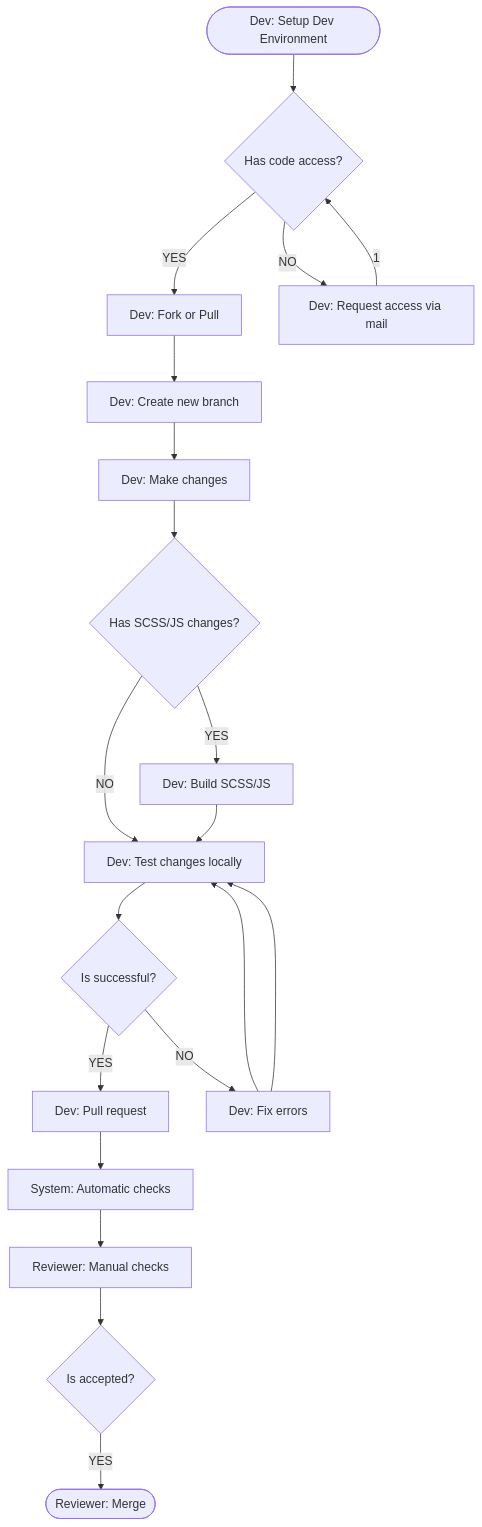
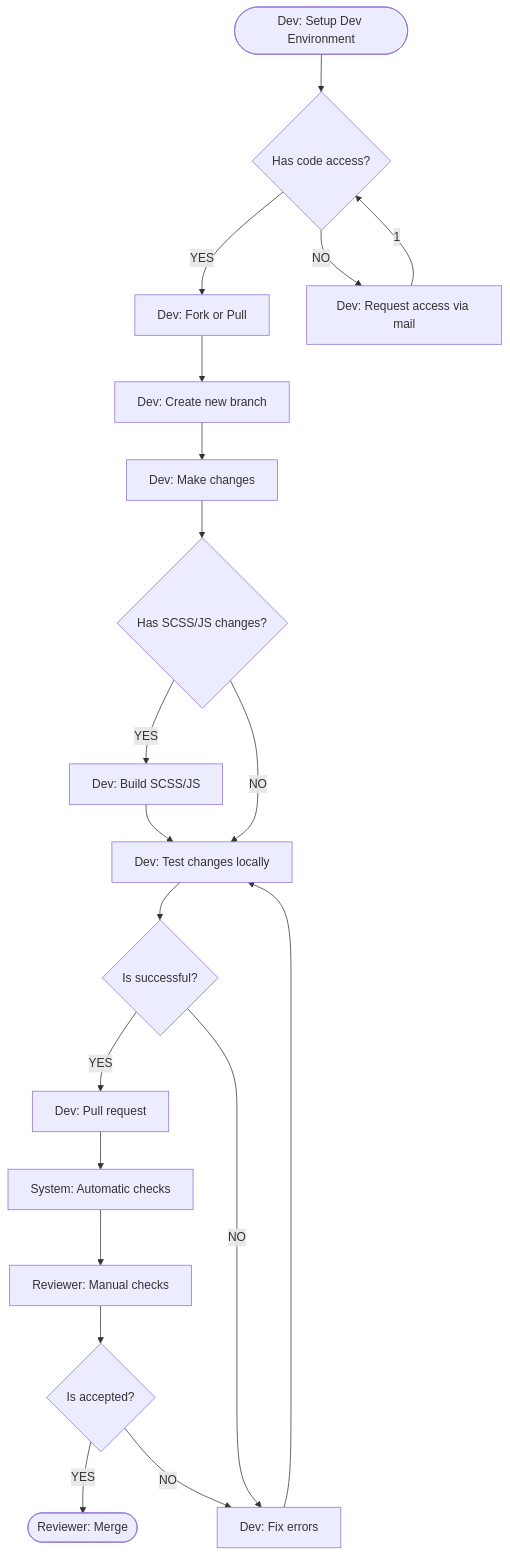
One commit to Karaka-Management/Organization-Guide changed the diagram in Processes/01_Development_Flowchart.md. Above: the diagram before and after it, drawn with Mermaid.

````diff
--- a/Processes/01_Development_Flowchart.md
+++ b/Processes/01_Development_Flowchart.md
@@ -3,22 +3,22 @@
 ```mermaid
 graph TD;
     SETUP_DEV_ENV([Dev: Setup Dev Environment])-->HAS_ACCESS{Has code access?};
     HAS_ACCESS-- YES -->FORK[Dev: Fork or Pull];
     HAS_ACCESS-- NO -->REQUEST_ACCESS[Dev: Request access via mail];
     FORK-->NEW_BRANCH[Dev: Create new branch];
     REQUEST_ACCESS--1-->HAS_ACCESS;
     NEW_BRANCH-->CHANGE[Dev: Make changes];
     CHANGE-->HAS_BUILD_CHANGES{Has SCSS/JS changes?};
     HAS_BUILD_CHANGES-- YES -->BUILD[Dev: Build SCSS/JS];
     HAS_BUILD_CHANGES-- NO -->TEST_CHANGE[Dev: Test changes locally];
     BUILD-->TEST_CHANGE;
     TEST_CHANGE-->IS_SUCCESSFUL{Is successful?};
     IS_SUCCESSFUL-- YES -->PULL_REQUEST[Dev: Pull request];
     IS_SUCCESSFUL-- NO -->FIX[Dev: Fix errors];
     FIX-->TEST_CHANGE;
     PULL_REQUEST-->AUTOMATIC_CHECKS[System: Automatic checks]
     AUTOMATIC_CHECKS-->MANUAL_CHECKS[Reviewer: Manual checks]
     MANUAL_CHECKS-->IS_ACCEPTED{Is accepted?};
     IS_ACCEPTED-- YES -->MERGE([Reviewer: Merge]);
-    FIX-->TEST_CHANGE;
+    IS_ACCEPTED-- NO -->FIX;
 ```
````
